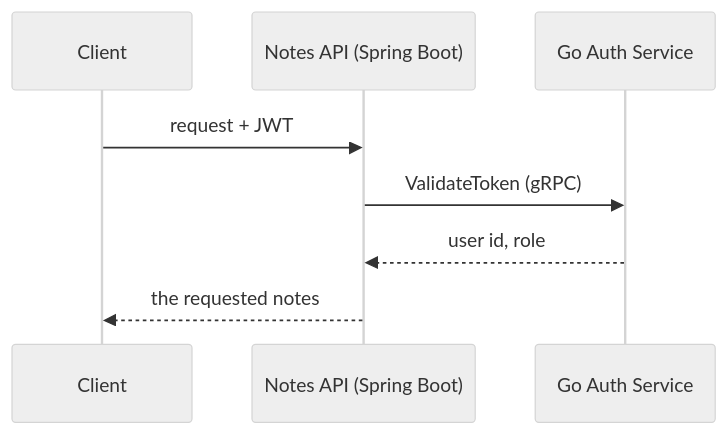
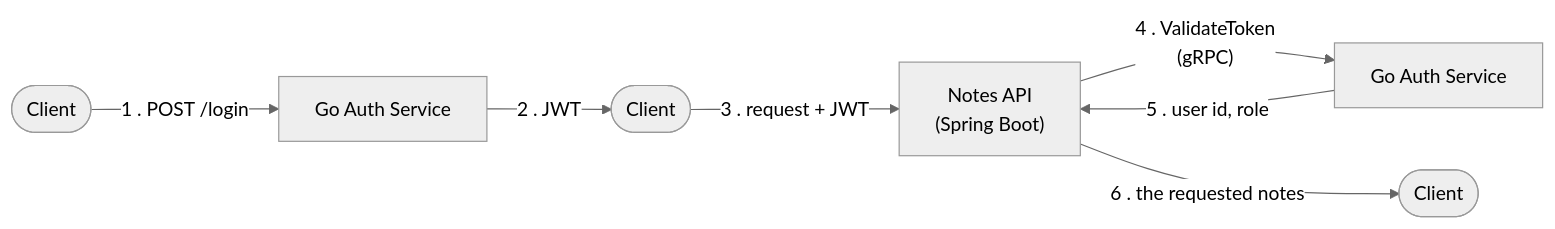
One commit to AshrafAhmed9/go-auth-service changed the diagram in README.md. Above: the diagram before and after it, drawn with Mermaid (neutral theme). The commit also changed other lines of this file, not shown here.

Commit message:
Replace the two sequence diagrams with one left-to-right flowchart

````diff
--- a/README.md
+++ b/README.md
@@ -47,11 +34,9 @@
 ```mermaid
-sequenceDiagram
-    participant Client
-    participant Java as Notes API (Spring Boot)
-    participant Go as Go Auth Service
-
-    Client->>Java: request + JWT
-    Java->>Go: ValidateToken (gRPC)
-    Go-->>Java: user id, role
-    Java-->>Client: the requested notes
+flowchart LR
+    C1(["Client"]) -->|"1 . POST /login"| Go1["Go Auth Service"]
+    Go1 -->|"2 . JWT"| C2(["Client"])
+    C2 -->|"3 . request + JWT"| Java["Notes API\n(Spring Boot)"]
+    Java -->|"4 . ValidateToken\n(gRPC)"| Go2["Go Auth Service"]
+    Go2 -->|"5 . user id, role"| Java
+    Java -->|"6 . the requested notes"| C3(["Client"])
 ```
````
